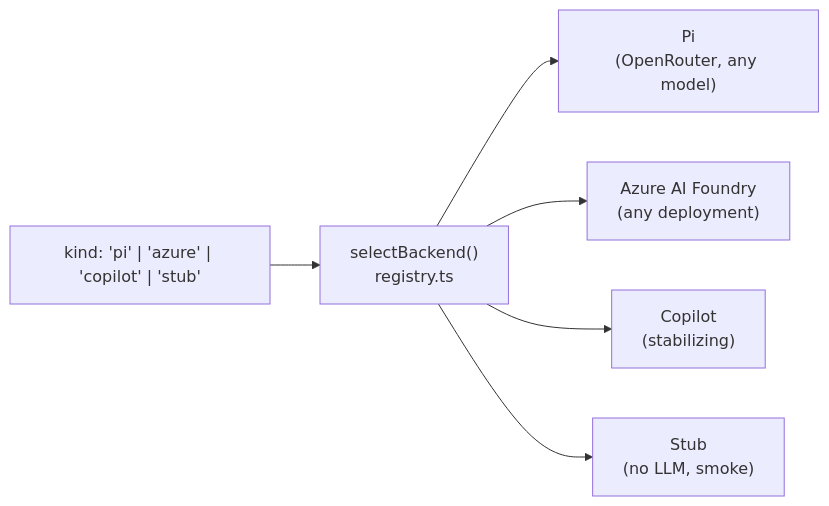
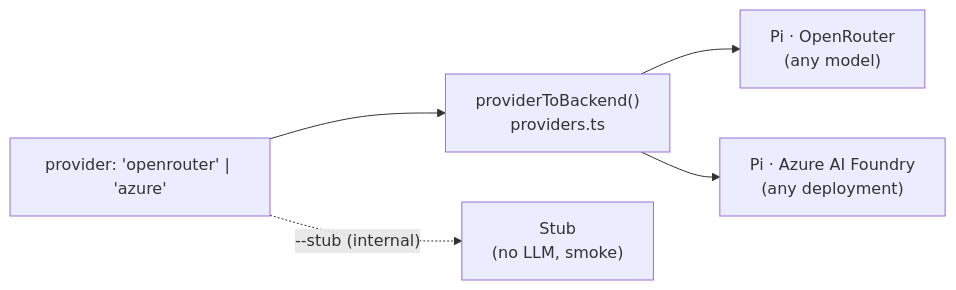
Before and after one commit to frederico-kluser/huu: the third of 3 diagrams in README.en.md, drawn with Mermaid. The commit also changed other lines of this file and 63 other files, not shown here.

````diff
--- a/README.en.md
+++ b/README.en.md
@@ -417,9 +421,8 @@
 ```mermaid
 flowchart LR
-    K["kind: 'pi' | 'azure' | 'copilot' | 'stub'"]
-    K --> R["selectBackend()<br/>registry.ts"]
-    R --> P["Pi<br/>(OpenRouter, any model)"]
-    R --> Z["Azure AI Foundry<br/>(any deployment)"]
-    R --> C["Copilot<br/>(stabilizing)"]
-    R --> S["Stub<br/>(no LLM, smoke)"]
+    P["provider: 'openrouter' | 'azure'"]
+    P --> M["providerToBackend()<br/>providers.ts"]
+    M --> O["Pi · OpenRouter<br/>(any model)"]
+    M --> Z["Pi · Azure AI Foundry<br/>(any deployment)"]
+    P -. "--stub (internal)" .-> S["Stub<br/>(no LLM, smoke)"]
 ```
````
